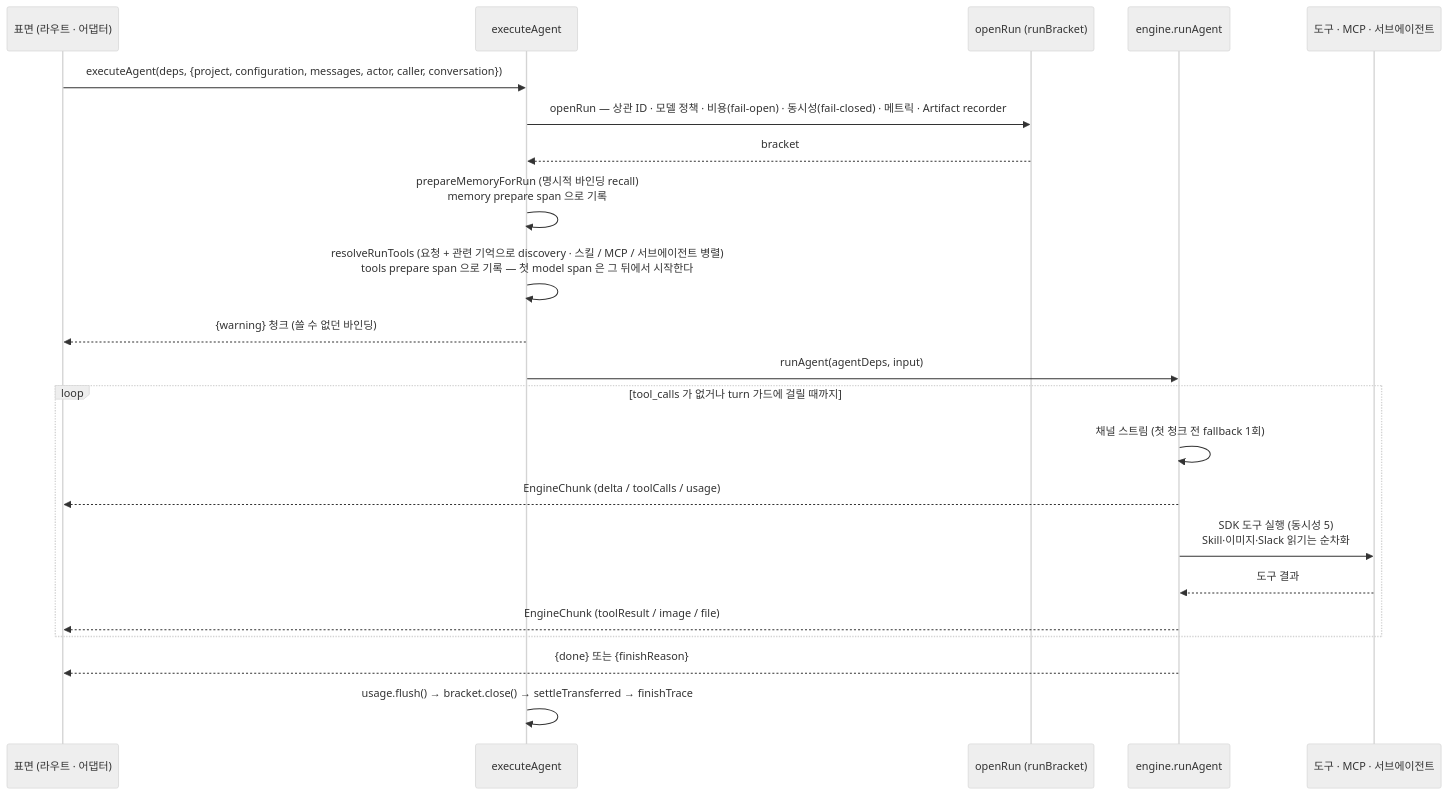
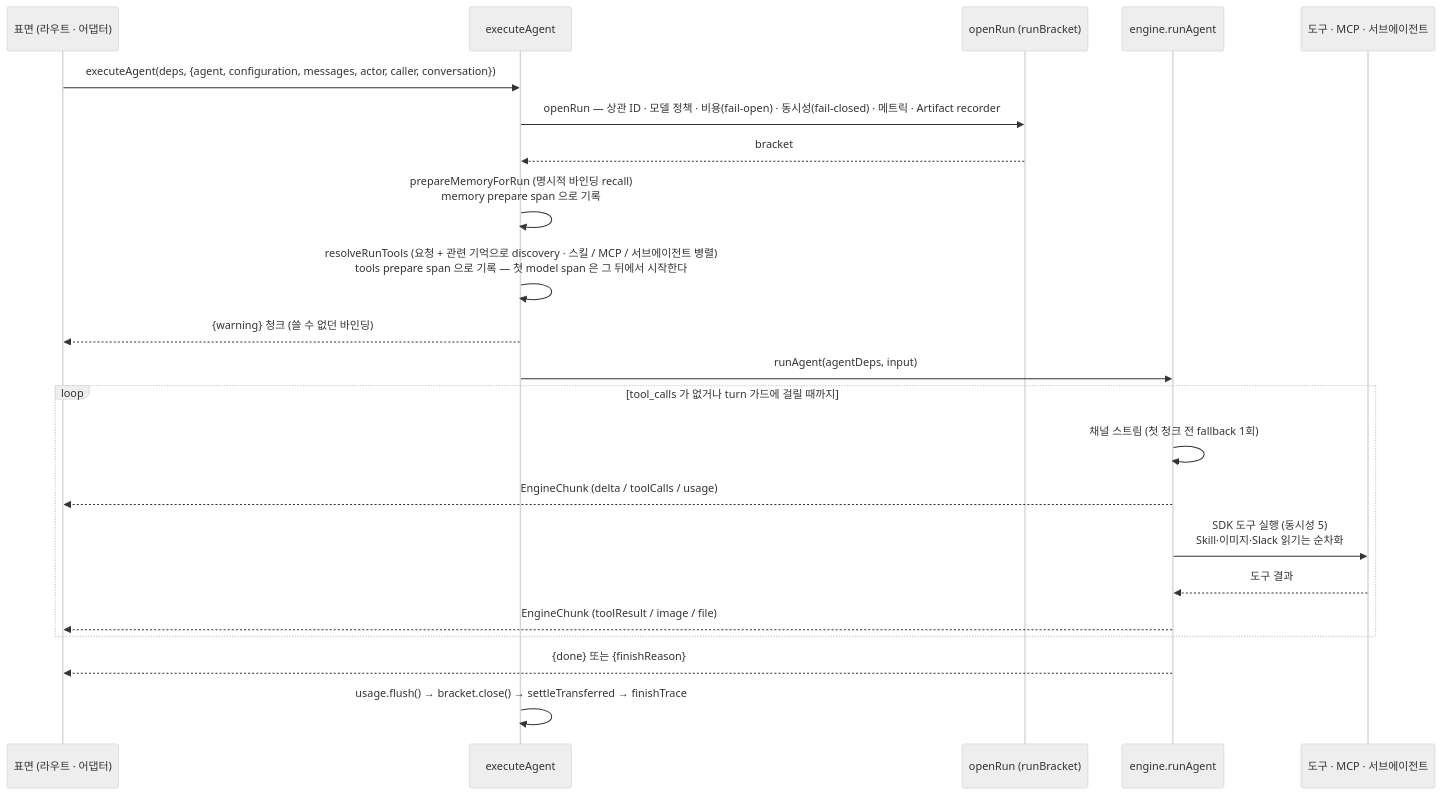
The third of 9 diagrams in docs/DIAGRAMS.md (opspresso/agent-studio), drawn with Mermaid (neutral theme) before and after one commit. The commit also changed other lines of this file and 25 other files, not shown here.

````diff
--- a/docs/DIAGRAMS.md
+++ b/docs/DIAGRAMS.md
@@ -113,24 +113,24 @@
 ```mermaid
 sequenceDiagram
   participant S as 표면 (라우트 · 어댑터)
   participant F as executeAgent
   participant B as openRun (runBracket)
   participant E as engine.runAgent
   participant T as 도구 · MCP · 서브에이전트
-  S->>F: executeAgent(deps, {project, configuration, messages, actor, caller, conversation})
+  S->>F: executeAgent(deps, {agent, configuration, messages, actor, caller, conversation})
   F->>B: openRun — 상관 ID · 모델 정책 · 비용(fail-open) · 동시성(fail-closed) · 메트릭 · Artifact recorder
   B-->>F: bracket
   F->>F: prepareMemoryForRun (명시적 바인딩 recall)<br/>memory prepare span 으로 기록
   F->>F: resolveRunTools (요청 + 관련 기억으로 discovery · 스킬 / MCP / 서브에이전트 병렬)<br/>tools prepare span 으로 기록 — 첫 model span 은 그 뒤에서 시작한다
   F-->>S: {warning} 청크 (쓸 수 없던 바인딩)
   F->>E: runAgent(agentDeps, input)
   loop tool_calls 가 없거나 turn 가드에 걸릴 때까지
     E->>E: 채널 스트림 (첫 청크 전 fallback 1회)
     E-->>S: EngineChunk (delta / toolCalls / usage)
     E->>T: SDK 도구 실행 (동시성 5)<br/>Skill·이미지·Slack 읽기는 순차화
     T-->>E: 도구 결과
     E-->>S: EngineChunk (toolResult / image / file)
   end
   E-->>S: {done} 또는 {finishReason}
   F->>F: usage.flush() → bracket.close() → settleTransferred → finishTrace
 ```
````
